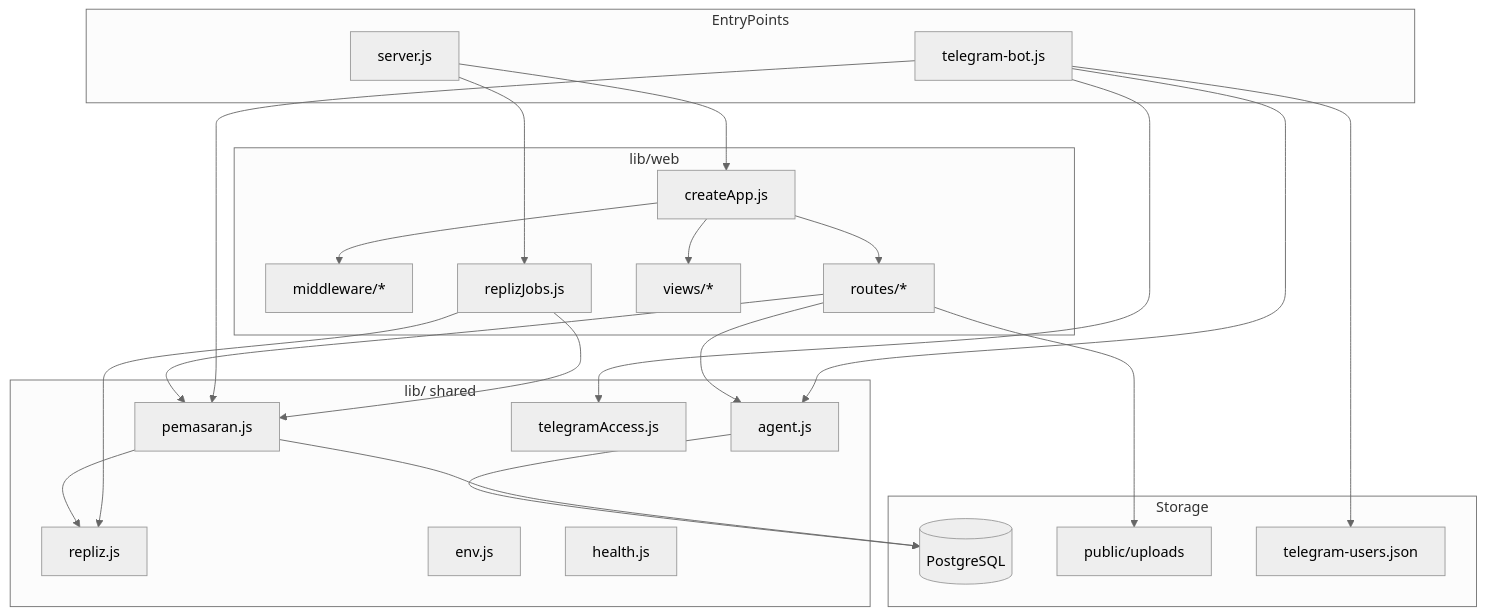
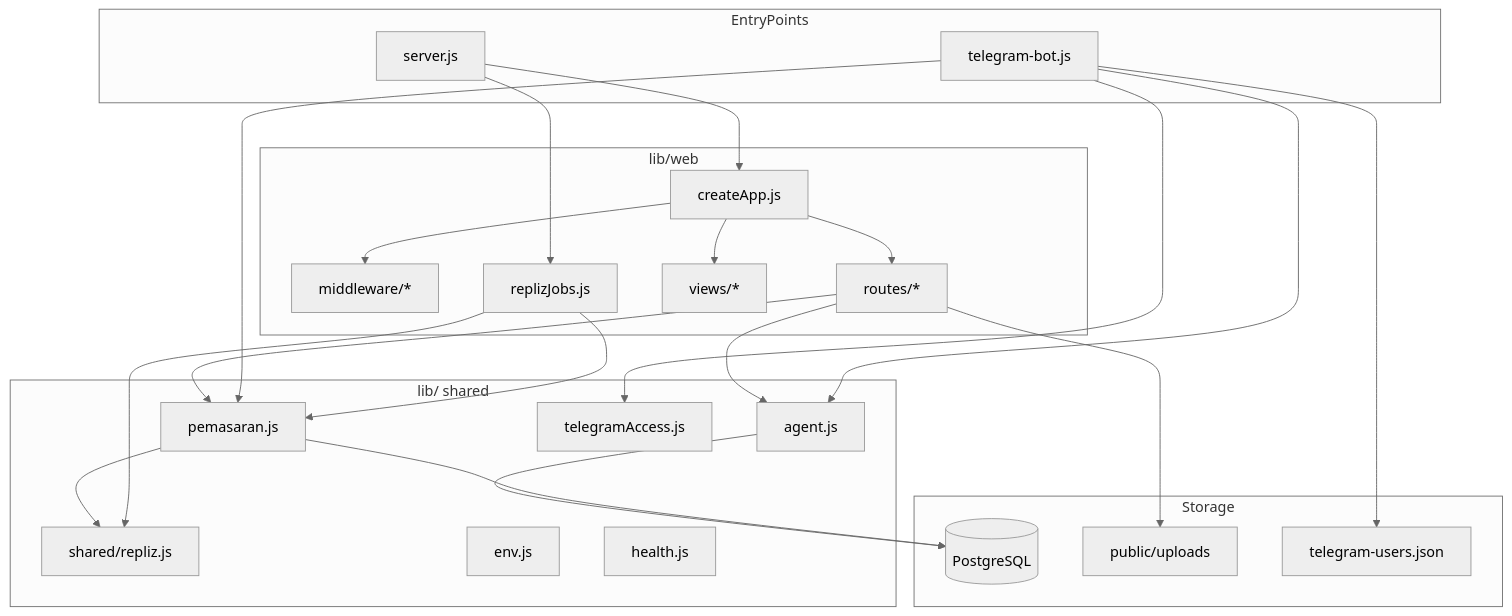
The eighth of 12 diagrams in README.md (iggbudi/socai), drawn with Mermaid (neutral theme) before and after one commit. The commit also changed other lines of this file and 35 other files, not shown here.

````diff
--- a/README.md
+++ b/README.md
@@ -388,41 +395,41 @@
 ```mermaid
 flowchart TB
     subgraph EntryPoints
         SRV[server.js]
         TGB[telegram-bot.js]
     end
 
     subgraph WebModule["lib/web"]
         APP[createApp.js]
         MW[middleware/*]
         RT[routes/*]
         VW[views/*]
         RJ[replizJobs.js]
     end
 
     subgraph SharedLib["lib/ shared"]
         AGT[agent.js]
         PEM[pemasaran.js]
-        REP[repliz.js]
+        REP[shared/repliz.js]
         TAC[telegramAccess.js]
         ENV[env.js]
         HL[health.js]
     end
 
     subgraph Storage
         PG[(PostgreSQL)]
         FS[public/uploads]
         TUF[telegram-users.json]
     end
 
     SRV --> APP
     APP --> MW & RT & VW
     SRV --> RJ
     RT --> PEM & AGT
     TGB --> AGT & PEM & TAC
     AGT --> PG
     PEM --> REP & PG
     RJ --> PEM & REP
     TGB --> TUF
     RT --> FS
 ```
````
